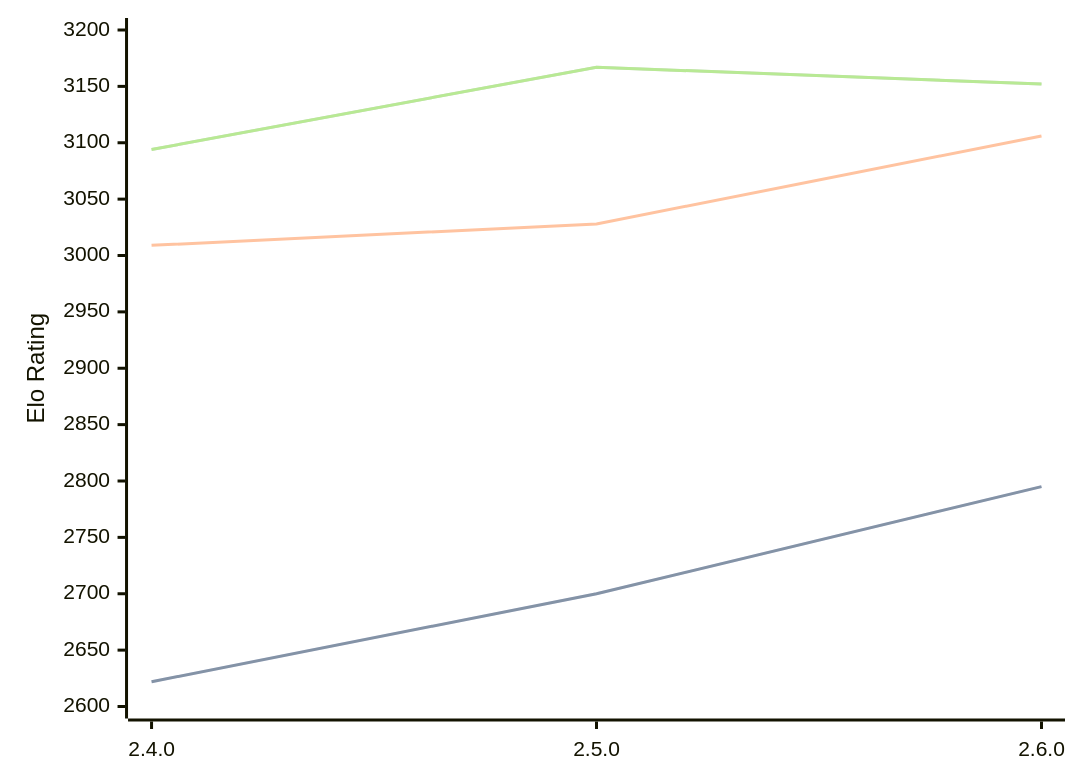
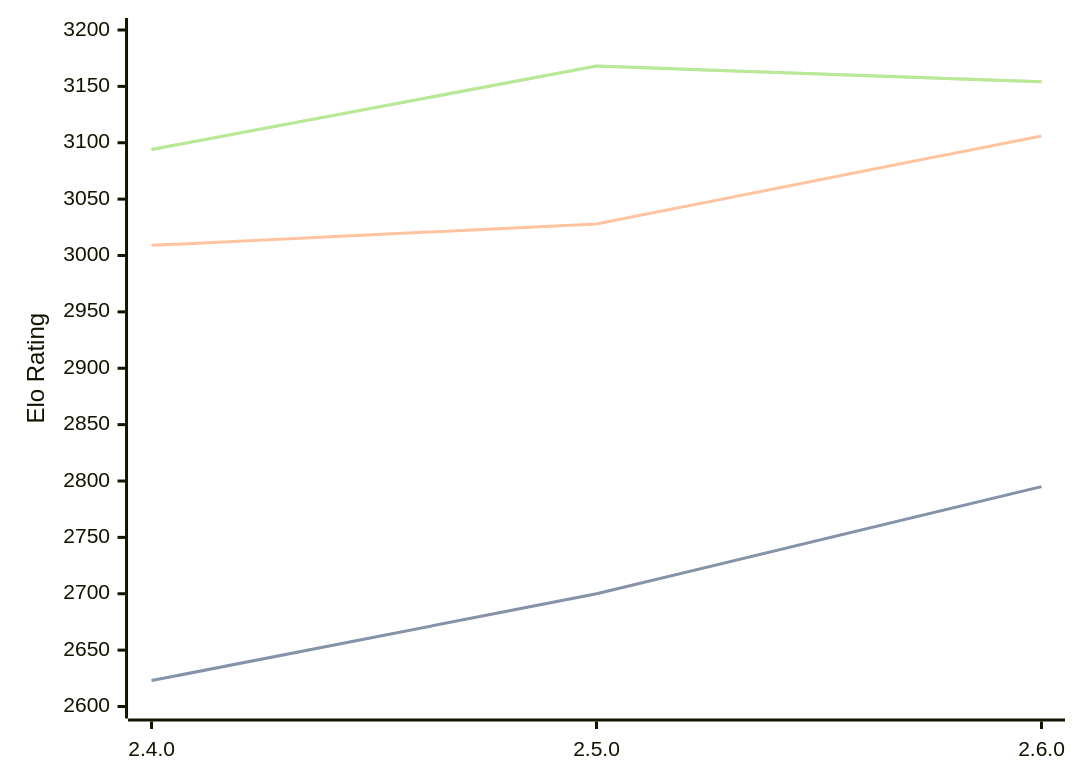
Before and after one commit to computer-chess-index/cci: the diagram in engines/Sturddle2.md, drawn with Mermaid. The commit also changed other lines of this file, not shown here.

Commit message:
Update CCI Ratings (ELO VLTC) - 2026-09-16

````diff
--- a/engines/Sturddle2.md
+++ b/engines/Sturddle2.md
@@ -33,11 +33,11 @@
 ```mermaid
 %%{init: {"theme":"base","themeVariables":{"seriesColors:['#a3a3a3','#222221','#faa371']}}}%%
 xychart-beta
   x-axis ["2.4.0", "2.5.0", "2.6.0"]
   y-axis "Elo Rating" 2600 --> 3200
-  line "" [2622, 2700, 2795]
-  line "STC (8.0+0.08s)" [2622, 2700, 2795]
+  line "" [2623, 2700, 2795]
+  line "STC (8.0+0.08s)" [2623, 2700, 2795]
   line "LTC (60.0+0.60s)" [3009, 3028, 3106]
-  line "" [3094, 3167, 3152]
-  line "VLTC (2m24s+1.12s)" [3094, 3167, 3152]
+  line "" [3094, 3168, 3154]
+  line "VLTC (2m24s+1.12s)" [3094, 3168, 3154]
 ```
````
